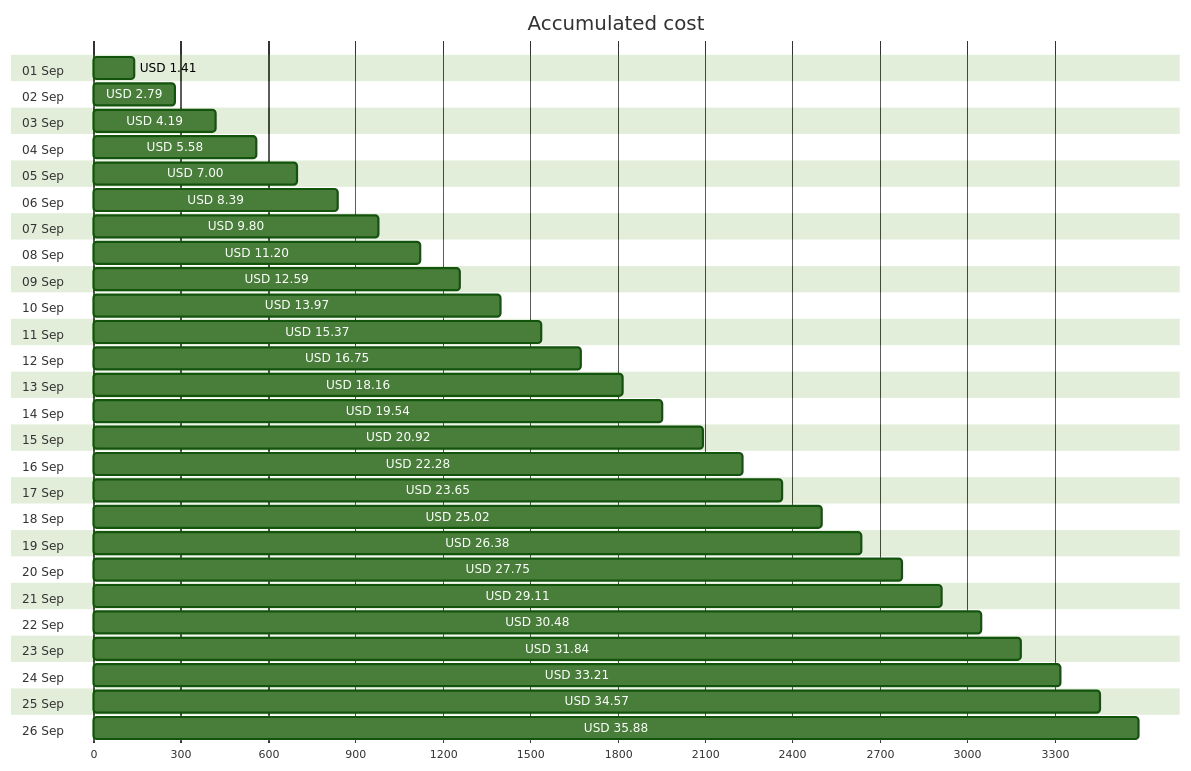
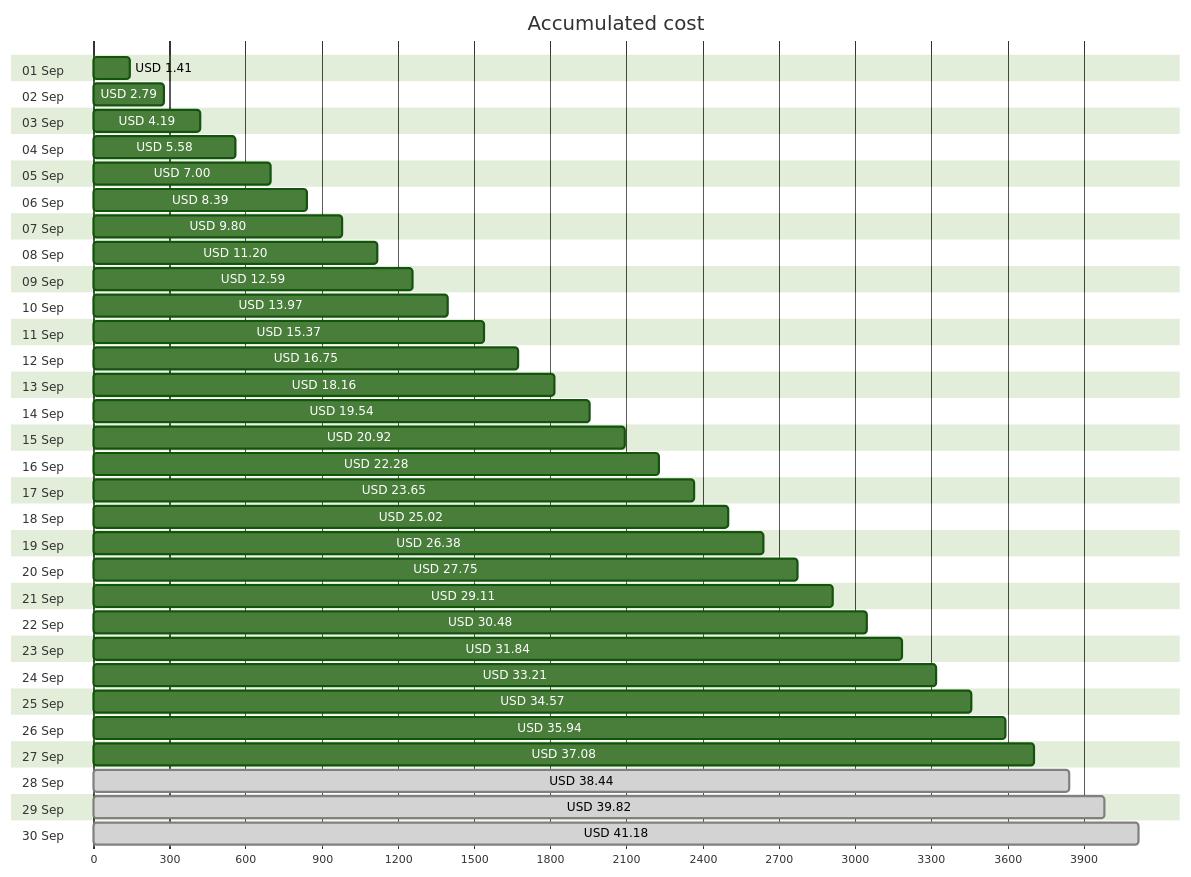
The first of 4 diagrams in cost-reports/personal-network/backup-data-disk.md (jpfulton/azure-personal-reports), drawn with Mermaid (forest theme) before and after one commit. The commit also changed other lines of this file and 9 other files, not shown here.

````diff
--- a/cost-reports/personal-network/backup-data-disk.md
+++ b/cost-reports/personal-network/backup-data-disk.md
@@ -20,58 +20,66 @@
 ```mermaid
 gantt
    title Accumulated cost
    dateFormat  X
    axisFormat %s
    section 01 Sep
    USD 1.41 :0, 141
    section 02 Sep
    USD 2.79 :0, 279
    section 03 Sep
    USD 4.19 :0, 419
    section 04 Sep
    USD 5.58 :0, 558
    section 05 Sep
    USD 7.00 :0, 700
    section 06 Sep
    USD 8.39 :0, 839
    section 07 Sep
    USD 9.80 :0, 980
    section 08 Sep
    USD 11.20 :0, 1120
    section 09 Sep
    USD 12.59 :0, 1259
    section 10 Sep
    USD 13.97 :0, 1397
    section 11 Sep
    USD 15.37 :0, 1537
    section 12 Sep
    USD 16.75 :0, 1675
    section 13 Sep
    USD 18.16 :0, 1816
    section 14 Sep
    USD 19.54 :0, 1954
    section 15 Sep
    USD 20.92 :0, 2092
    section 16 Sep
    USD 22.28 :0, 2228
    section 17 Sep
    USD 23.65 :0, 2365
    section 18 Sep
    USD 25.02 :0, 2502
    section 19 Sep
    USD 26.38 :0, 2638
    section 20 Sep
    USD 27.75 :0, 2775
    section 21 Sep
    USD 29.11 :0, 2911
    section 22 Sep
    USD 30.48 :0, 3048
    section 23 Sep
    USD 31.84 :0, 3184
    section 24 Sep
    USD 33.21 :0, 3321
    section 25 Sep
    USD 34.57 :0, 3457
    section 26 Sep
-   USD 35.88 :0, 3588
+   USD 35.94 :0, 3594
+   section 27 Sep
+   USD 37.08 :0, 3708
+   section 28 Sep
+   USD 38.44 : done, 0, 3844
+   section 29 Sep
+   USD 39.82 : done, 0, 3982
+   section 30 Sep
+   USD 41.18 : done, 0, 4118
 ```
````
